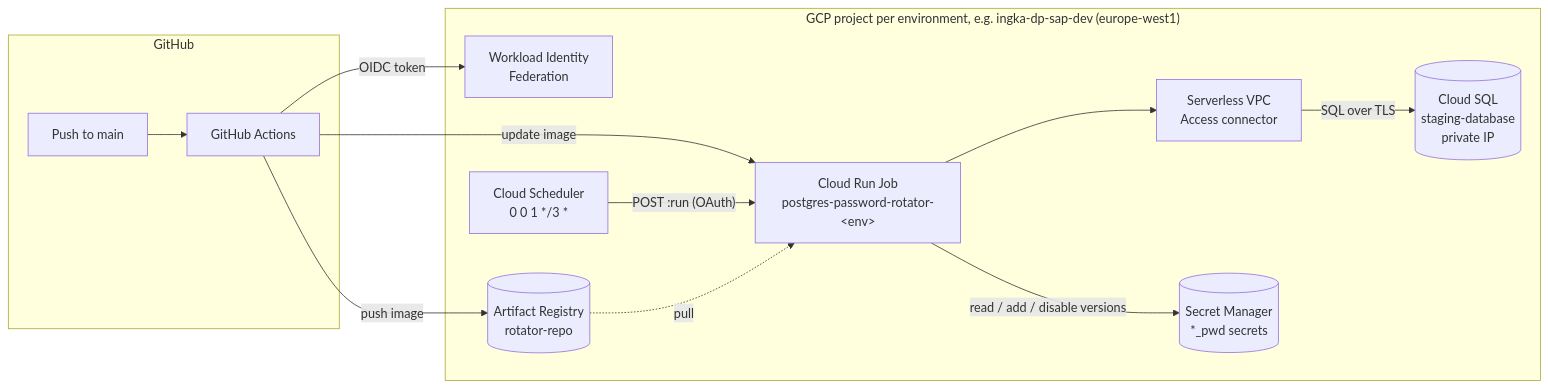
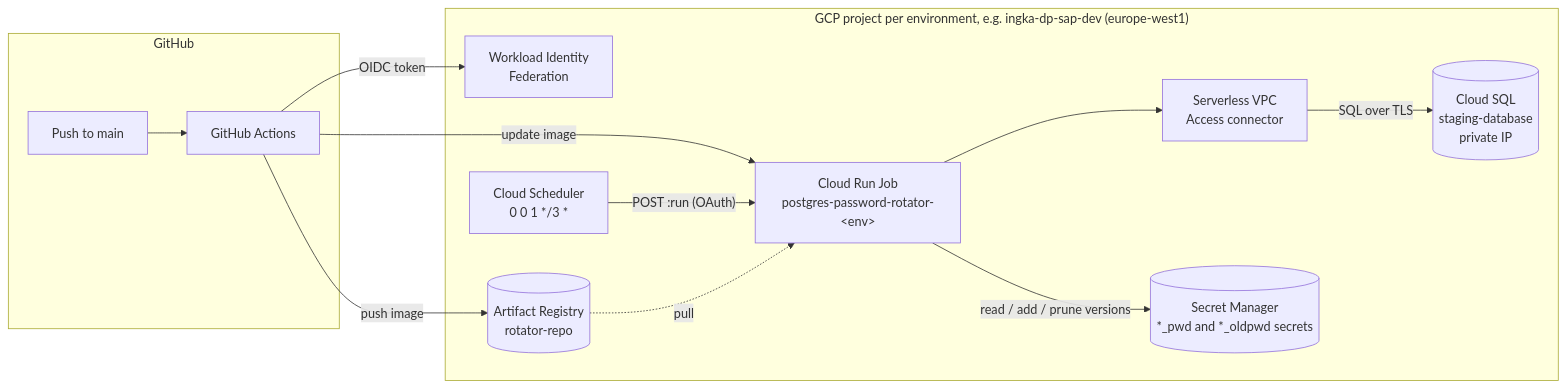
The first of 2 diagrams in ARCHITECTURE.md (Sarank-tech/gcp-postgres-password-rotator), drawn with Mermaid before and after one commit. The commit also changed other lines of this file and 6 other files, not shown here.

First line of the commit message:
rotator: keep two versions per secret and save the replaced password

````diff
--- a/ARCHITECTURE.md
+++ b/ARCHITECTURE.md
@@ -18,22 +18,22 @@
 ```mermaid
 flowchart LR
     subgraph GitHub
         GH[Push to main] --> GA[GitHub Actions]
     end
     subgraph GCP["GCP project per environment, e.g. ingka-dp-sap-dev (europe-west1)"]
         WIF[Workload Identity<br/>Federation]
         AR[(Artifact Registry<br/>rotator-repo)]
         SCH[Cloud Scheduler<br/>0 0 1 */3 *]
         JOB[Cloud Run Job<br/>postgres-password-rotator-&lt;env&gt;]
         VPCC[Serverless VPC<br/>Access connector]
         SQL[(Cloud SQL<br/>staging-database<br/>private IP)]
-        SM[(Secret Manager<br/>*_pwd secrets)]
+        SM[(Secret Manager<br/>*_pwd and *_oldpwd secrets)]
     end
     GA -- OIDC token --> WIF
     GA -- push image --> AR
     GA -- update image --> JOB
     SCH -- "POST :run (OAuth)" --> JOB
     AR -. pull .-> JOB
-    JOB -- read / add / disable versions --> SM
+    JOB -- read / add / prune versions --> SM
     JOB --> VPCC -- "SQL over TLS" --> SQL
 ```
````
